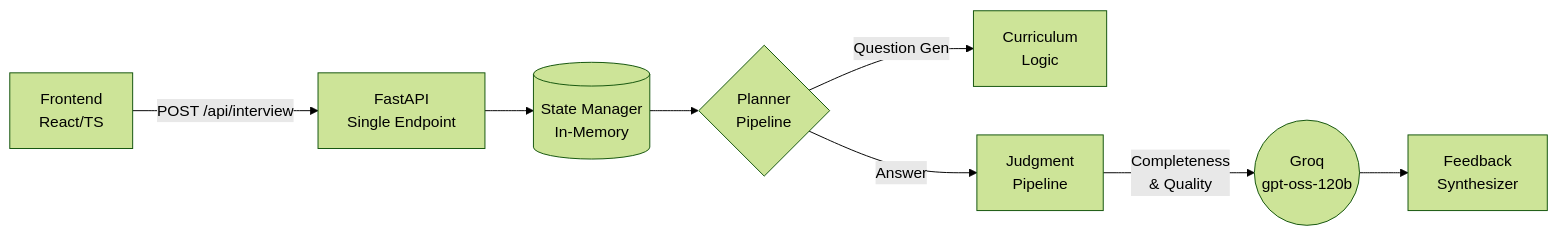
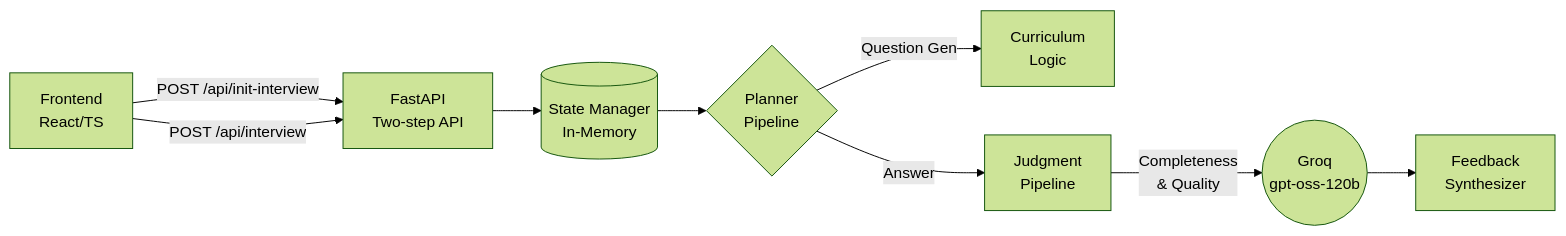
The diagram in README.md (11DDBOY11/Interview-Agent), drawn with Mermaid (forest theme) before and after one commit. The commit also changed other lines of this file, not shown here.

Commit message:
Document current MAESTER frontend flow

````diff
--- a/README.md
+++ b/README.md
@@ -24,10 +24,11 @@
 ```mermaid
 flowchart LR
-    A[Frontend<br>React/TS] -->|POST /api/interview| B[FastAPI<br>Single Endpoint]
+    A[Frontend<br>React/TS] -->|POST /api/init-interview| B[FastAPI<br>Two-step API]
+    A -->|POST /api/interview| B
     B --> C[(State Manager<br>In-Memory)]
     C --> D{Planner<br>Pipeline}
     D -->|Question Gen| E[Curriculum<br>Logic]
     D -->|Answer| F[Judgment<br>Pipeline]
     F -->|Completeness<br>& Quality| G((Groq<br>gpt-oss-120b))
     G --> H[Feedback<br>Synthesizer]
 ```
````
